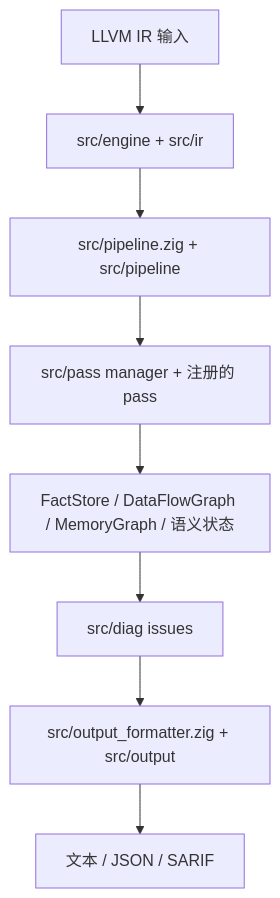
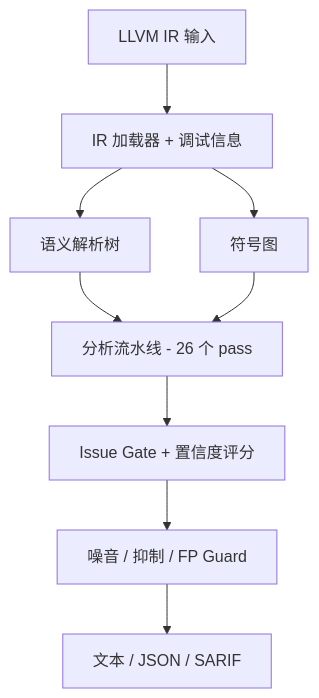
The second of 3 diagrams in README_zh.md (Timwood0x10/OmniScope), drawn with Mermaid before and after one commit. The commit also changed other lines of this file and 34 other files, not shown here.

````diff
--- a/README_zh.md
+++ b/README_zh.md
@@ -33,10 +46,11 @@
 ```mermaid
 flowchart TD
-    IR[LLVM IR 输入] --> Load[src/engine + src/ir]
-    Load --> Pipe[src/pipeline.zig + src/pipeline]
-    Pipe --> Pass[src/pass manager + 注册的 pass]
-    Pass --> State[FactStore / DataFlowGraph / MemoryGraph / 语义状态]
-    State --> Issue[src/diag issues]
-    Issue --> Out[src/output_formatter.zig + src/output]
-    Out --> Report[文本 / JSON / SARIF]
+    IR[LLVM IR 输入] --> Load[IR 加载器 + 调试信息]
+    Load --> SRT[语义解析树]
+    Load --> SG[符号图]
+    SRT --> Pipe[分析流水线 - 26 个 pass]
+    SG --> Pipe
+    Pipe --> Gate[Issue Gate + 置信度评分]
+    Gate --> Filter[噪音 / 抑制 / FP Guard]
+    Filter --> Out[文本 / JSON / SARIF]
 ```
````
